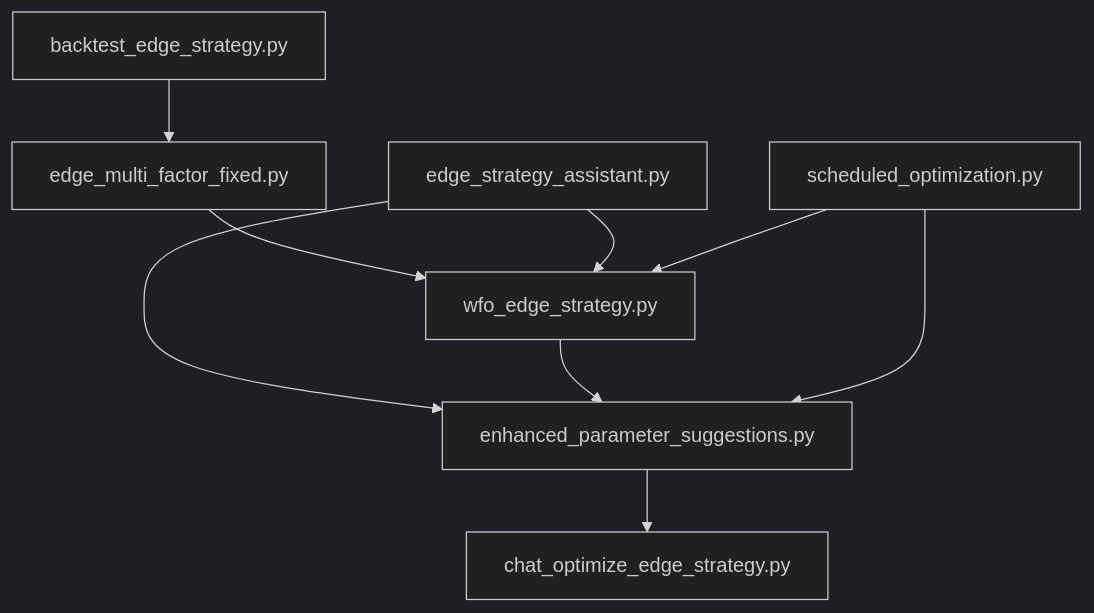
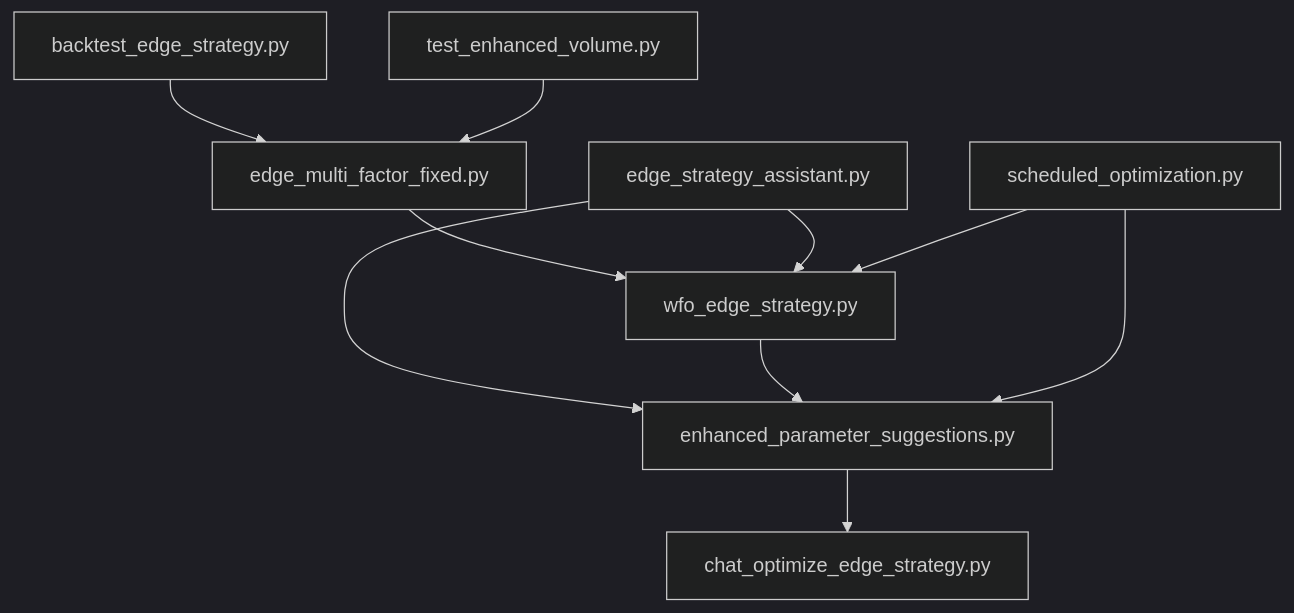
One commit to mkimball14/cryptotradingbot changed the diagram in docs/strategy_architecture.md. Above: the diagram before and after it, drawn with Mermaid (dark theme). The commit also changed other lines of this file and 27 other files, not shown here.

````diff
--- a/docs/strategy_architecture.md
+++ b/docs/strategy_architecture.md
@@ -5,11 +5,12 @@
 ```mermaid
 graph TD
     A[edge_multi_factor_fixed.py] --> B[wfo_edge_strategy.py]
     C[edge_strategy_assistant.py] --> B
     C --> D[enhanced_parameter_suggestions.py]
     B --> D
     D --> E[chat_optimize_edge_strategy.py]
     F[scheduled_optimization.py] --> B
     F --> D
     G[backtest_edge_strategy.py] --> A
+    H[test_enhanced_volume.py] --> A
 ```
````
